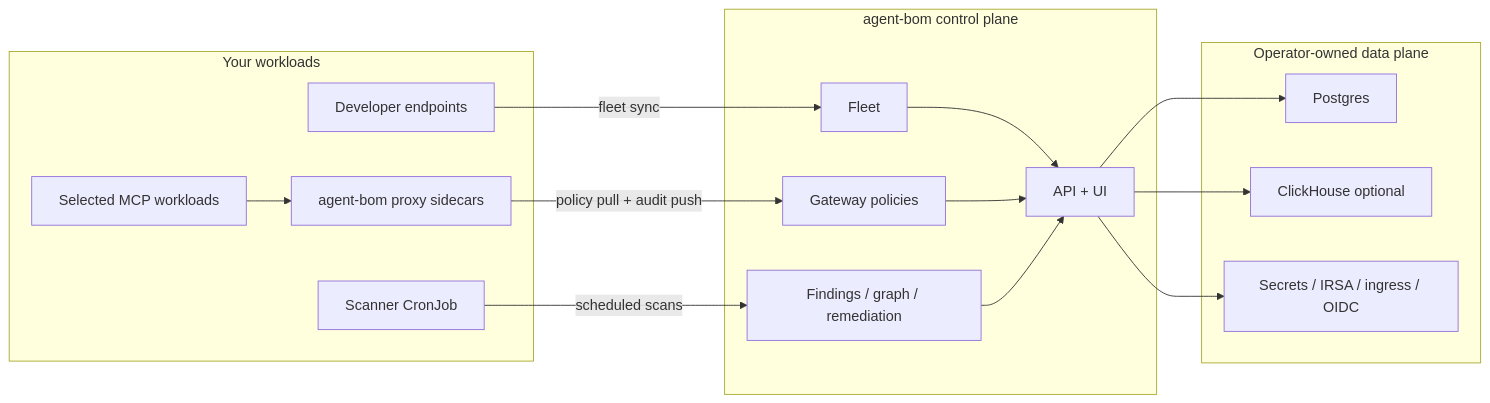
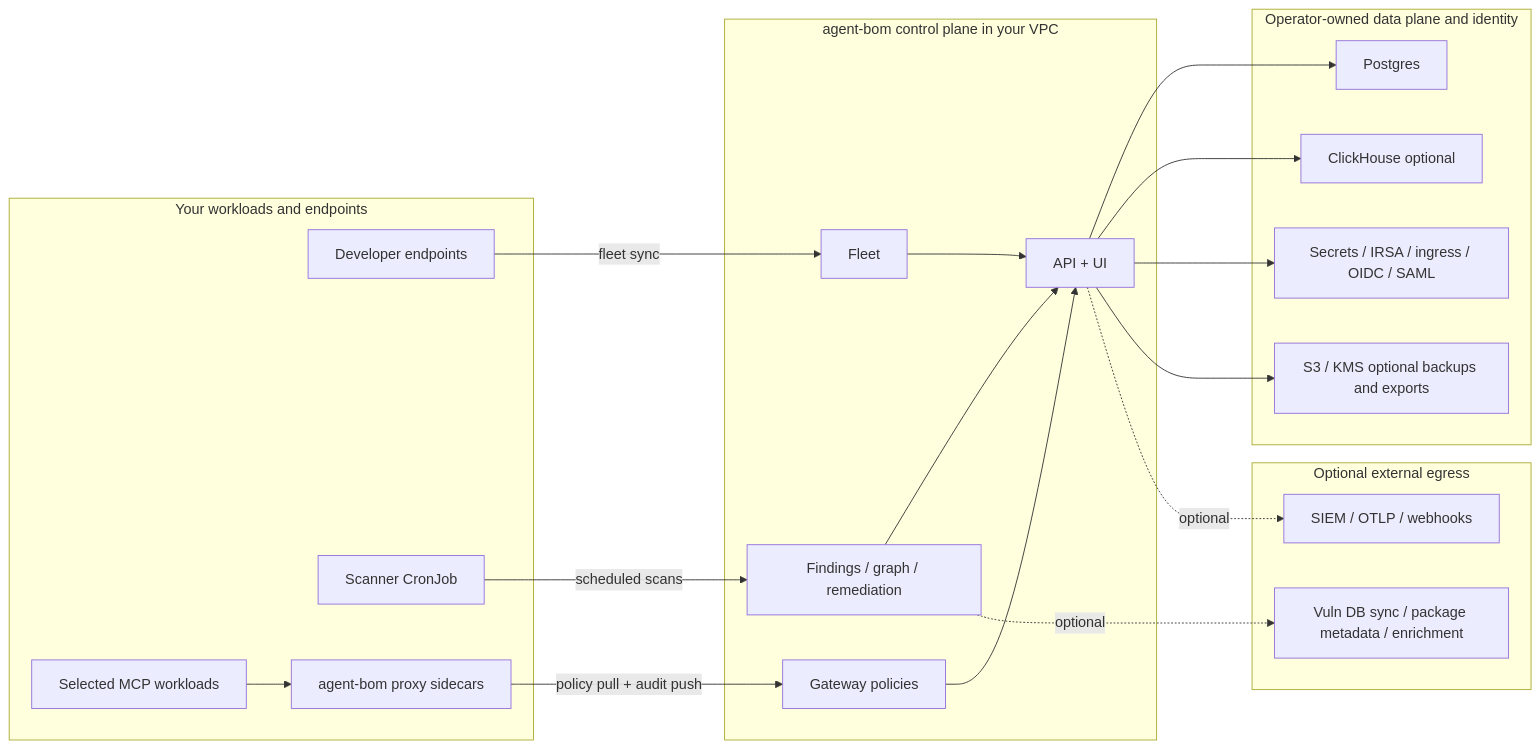
The diagram in site-docs/deployment/own-infra-eks.md (msaad00/agent-bom), drawn with Mermaid before and after one commit. The commit also changed other lines of this file and 56 other files, not shown here.

````diff
--- a/site-docs/deployment/own-infra-eks.md
+++ b/site-docs/deployment/own-infra-eks.md
@@ -24,33 +35,42 @@
 ```mermaid
 flowchart LR
-    subgraph Workloads["Your workloads"]
+    subgraph Workloads["Your workloads and endpoints"]
       Endpoints["Developer endpoints"]
       Cron["Scanner CronJob"]
       MCP["Selected MCP workloads"]
       Sidecars["agent-bom proxy sidecars"]
     end
 
-    subgraph ControlPlane["agent-bom control plane"]
+    subgraph ControlPlane["agent-bom control plane in your VPC"]
       API["API + UI"]
       Fleet["Fleet"]
       Gateway["Gateway policies"]
       Findings["Findings / graph / remediation"]
     end
 
-    subgraph Data["Operator-owned data plane"]
+    subgraph Data["Operator-owned data plane and identity"]
       PG["Postgres"]
       CH["ClickHouse optional"]
-      Secrets["Secrets / IRSA / ingress / OIDC"]
+      Secrets["Secrets / IRSA / ingress / OIDC / SAML"]
+      S3["S3 / KMS optional backups and exports"]
+    end
+
+    subgraph Optional["Optional external egress"]
+      DBSync["Vuln DB sync / package metadata / enrichment"]
+      SIEM["SIEM / OTLP / webhooks"]
     end
 
     Endpoints -->|fleet sync| Fleet
     Cron -->|scheduled scans| Findings
     MCP --> Sidecars
     Sidecars -->|policy pull + audit push| Gateway
     API --> PG
     API --> CH
     API --> Secrets
+    API --> S3
     Fleet --> API
     Gateway --> API
     Findings --> API
+    Findings -. optional .-> DBSync
+    API -. optional .-> SIEM
 ```
````
